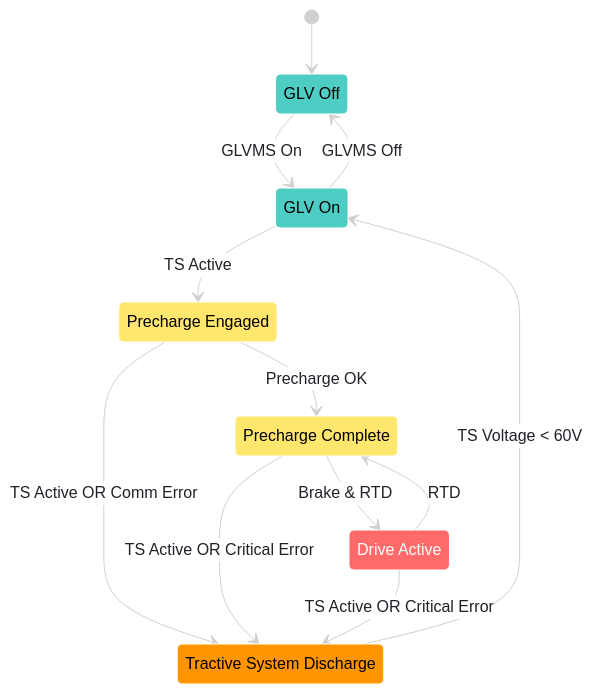
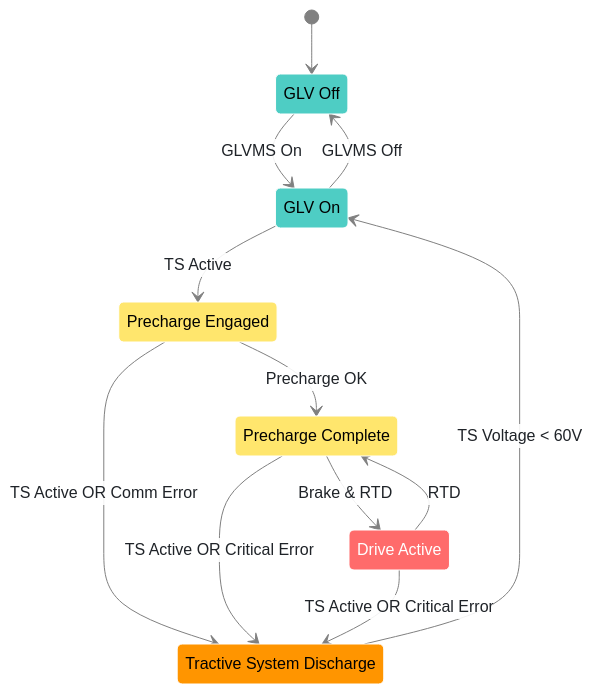
The diagram in Lib/GlobalShare/StateMachine.md (Gaucho-Racing/Firmware), drawn with Mermaid before and after one commit.

Commit message:
Update state machine theme colors for consistency

````diff
--- a/Lib/GlobalShare/StateMachine.md
+++ b/Lib/GlobalShare/StateMachine.md
@@ -9,67 +9,67 @@
 ```mermaid
 %%{init: {
   'theme': 'base',
   'themeVariables': {
     'primaryColor': '#ff6b6b',
     'primaryTextColor': '#1f2328',
-    'lineColor': '#d0d0d0',
+    'lineColor': '#808080',
     'edgeLabelBackground': 'rgba(255,255,255,0.9)',
     'transitionLabelColor': '#1f2328',
     'secondaryColor': '#4ecdc4',
     'tertiaryColor': '#ffe66d',
     'background': 'transparent',
     'mainBkg': 'transparent',
     'secondBkg': 'transparent',
     'tertiaryBkg': 'transparent'
   },
-  'themeCSS': '.transition { stroke: #d0d0d0; } marker path { fill: #d0d0d0; stroke: #d0d0d0; }'
+  'themeCSS': '.transition { stroke: #808080; } marker path { fill: #808080; stroke: #808080; }'
 }}%%
 
 stateDiagram
 
     [*] --> GLV_Off
 
     %% Main horizontal flow (top row)
     GLV_Off --> GLV_On : GLVMS On
     GLV_On --> GLV_Off : GLVMS Off
     GLV_On --> Precharge_Engaged : TS Active
     Precharge_Engaged --> Precharge_Complete : Precharge OK
     Precharge_Complete --> Drive_Active : Brake & RTD
 
     %% Normal Operation Cycle (horizontal)
     Drive_Active --> Precharge_Complete : RTD
 
     %% Discharge state positioned below
     GLV_Off
     GLV_On
     Precharge_Engaged
     Precharge_Complete
     Drive_Active
     Tractive_System_Discharge
 
     %% Downward transitions to discharge
     Precharge_Engaged --> Tractive_System_Discharge : TS Active OR Comm Error
     Precharge_Complete --> Tractive_System_Discharge : TS Active OR Critical Error
     Drive_Active --> Tractive_System_Discharge : TS Active OR Critical Error
 
     %% Return upward from discharge
     Tractive_System_Discharge --> GLV_On : TS Voltage < 60V
 
     %% State Descriptions
     GLV_Off : GLV Off
     GLV_On : GLV On
     Precharge_Engaged : Precharge Engaged
     Precharge_Complete : Precharge Complete
     Drive_Active : Drive Active
     Tractive_System_Discharge : Tractive System Discharge
 
     classDef safeState fill:#4ecdc4,stroke:#ffffff,stroke-width:1px,color:#000
     classDef hvState fill:#ff6b6b,stroke:#ffffff,stroke-width:1px,color:#fff
     classDef transitionState fill:#ffe66d,stroke:#ffffff,stroke-width:1px,color:#000
     classDef dischargeState fill:#ff9500,stroke:#ffffff,stroke-width:1px,color:#000
 
     class GLV_Off,GLV_On safeState
     class Drive_Active hvState
     class Precharge_Engaged,Precharge_Complete transitionState
     class Tractive_System_Discharge dischargeState
 ```
````
